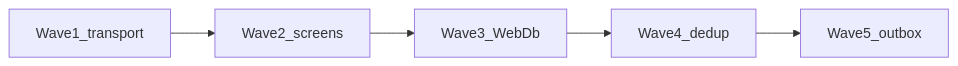
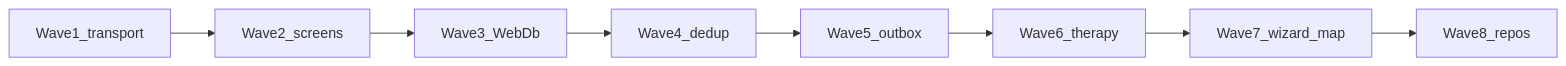
One commit to zuevfoton-art/AllerGuide changed the diagram in docs/refactoring-simplify-reliability.md. Above: the diagram before and after it, drawn with Mermaid. The commit also changed other lines of this file and 17 other files, not shown here.

````diff
--- a/docs/refactoring-simplify-reliability.md
+++ b/docs/refactoring-simplify-reliability.md
@@ -65,9 +65,12 @@
 ```mermaid
 flowchart LR
   W1[Wave1_transport]
   W2[Wave2_screens]
   W3[Wave3_WebDb]
   W4[Wave4_dedup]
   W5[Wave5_outbox]
-  W1 --> W2 --> W3 --> W4 --> W5
+  W6[Wave6_therapy]
+  W7[Wave7_wizard_map]
+  W8[Wave8_repos]
+  W1 --> W2 --> W3 --> W4 --> W5 --> W6 --> W7 --> W8
 ```
````
